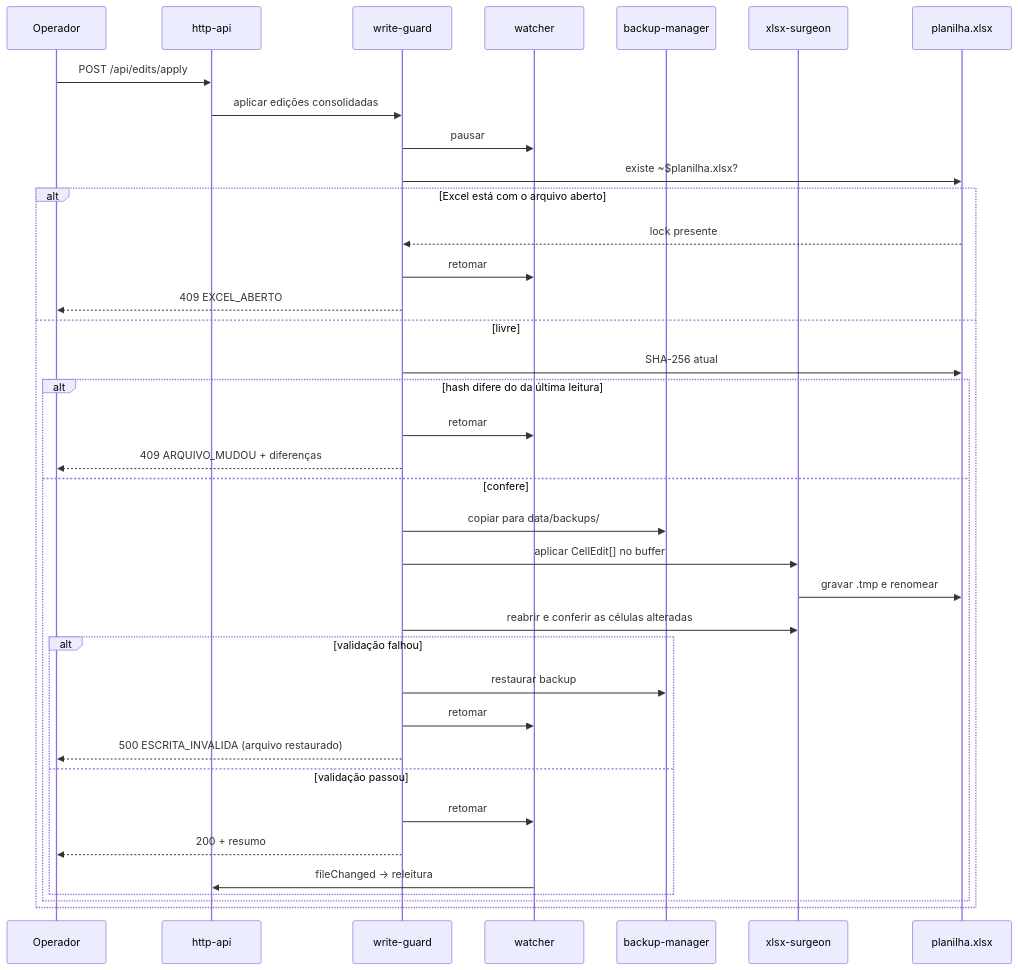
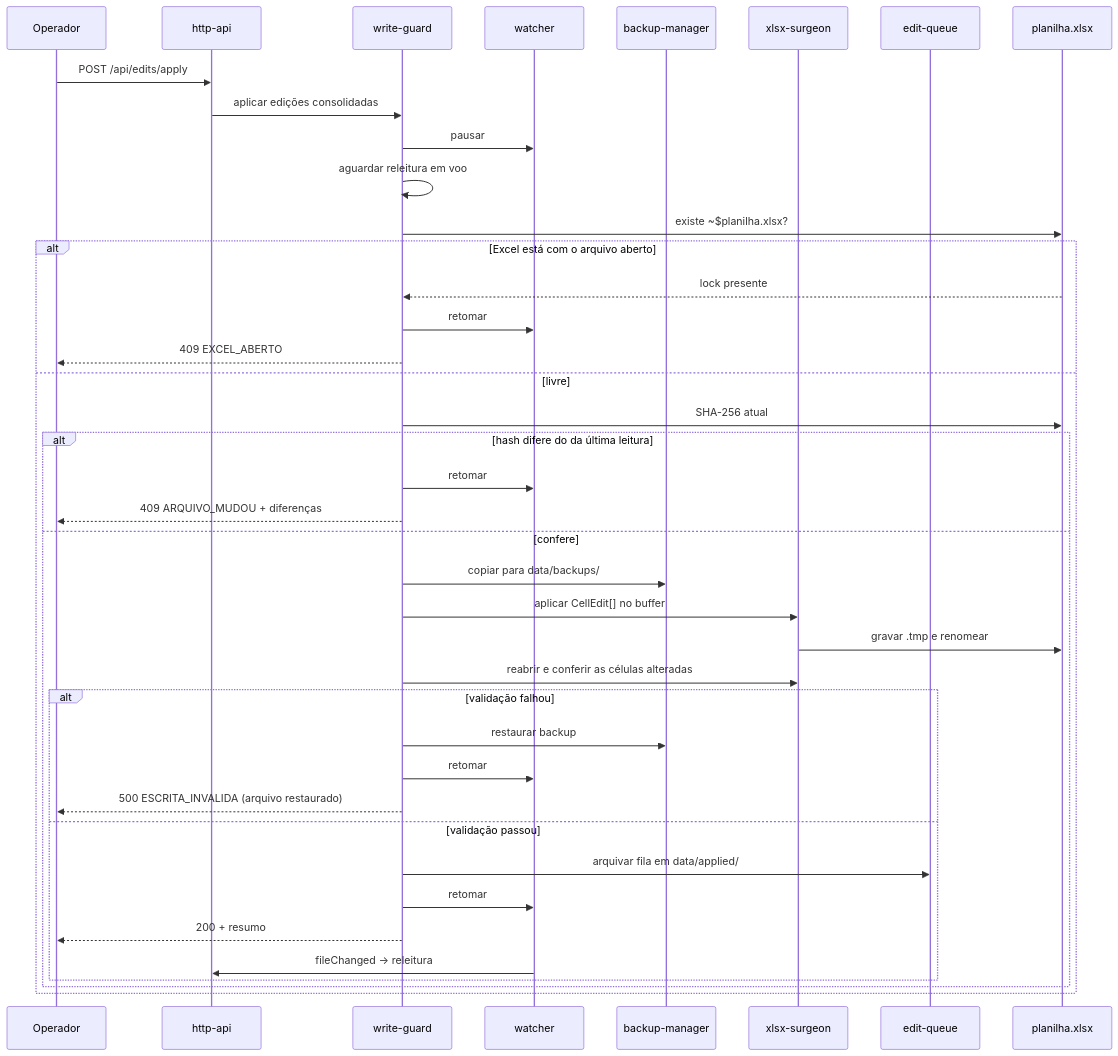
One commit to rodrigo-norys/cronoscomex changed the fifth of 6 diagrams in docs/04-arquitetura.md. Above: the diagram before and after it, drawn with Mermaid. The commit also changed 1 other file, not shown here.

Commit message:
docs(docs): registra o arquivamento da fila e a espera pela releitura
- 08-qualidade-operacao.md: queue.archived no catalogo de eventos, com as tres
  emissoes e o motivo de nao ser write.done — reusa-lo fazia uma aplicacao
  bem-sucedida emitir duas linhas, uma parecendo erro de escrita
- FILA_AUSENTE documentado ali, e nao em 05-contratos-api.md secao 1.2: e o
  primeiro errorCode de log que nunca sai numa resposta HTTP
- 04-arquitetura.md secao 3.2: a espera pela releitura em voo e o arquivamento,
  dois passos que o diagrama nao previa

````diff
--- a/docs/04-arquitetura.md
+++ b/docs/04-arquitetura.md
@@ -201,40 +201,43 @@
 ```mermaid
 sequenceDiagram
     participant U as Operador
     participant API as http-api
     participant G as write-guard
     participant W as watcher
     participant B as backup-manager
     participant S as xlsx-surgeon
+    participant Q as edit-queue
     participant F as planilha.xlsx
 
     U->>API: POST /api/edits/apply
     API->>G: aplicar edições consolidadas
     G->>W: pausar
+    G->>G: aguardar releitura em voo
     G->>F: existe ~$planilha.xlsx?
     alt Excel está com o arquivo aberto
         F-->>G: lock presente
         G->>W: retomar
         G-->>U: 409 EXCEL_ABERTO
     else livre
         G->>F: SHA-256 atual
         alt hash difere do da última leitura
             G->>W: retomar
             G-->>U: 409 ARQUIVO_MUDOU + diferenças
         else confere
             G->>B: copiar para data/backups/
             G->>S: aplicar CellEdit[] no buffer
             S->>F: gravar .tmp e renomear
             G->>S: reabrir e conferir as células alteradas
             alt validação falhou
                 G->>B: restaurar backup
                 G->>W: retomar
                 G-->>U: 500 ESCRITA_INVALIDA (arquivo restaurado)
             else validação passou
+                G->>Q: arquivar fila em data/applied/
                 G->>W: retomar
                 G-->>U: 200 + resumo
                 W->>API: fileChanged → releitura
             end
         end
     end
 ```
````
